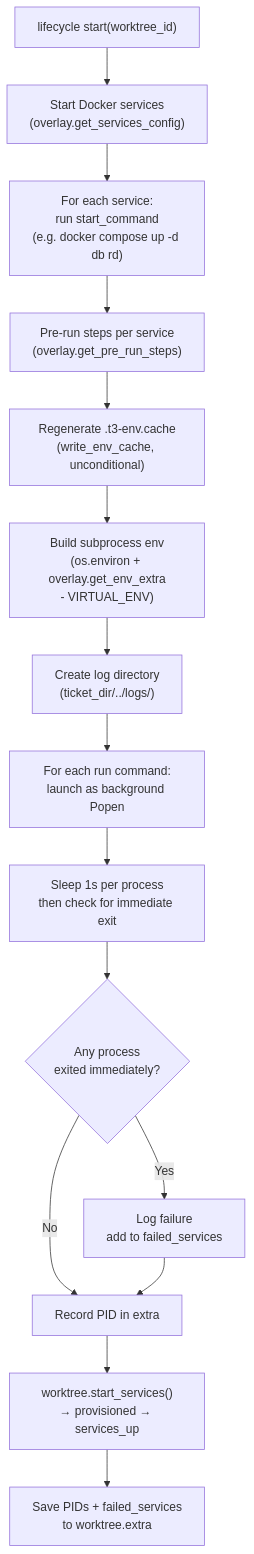
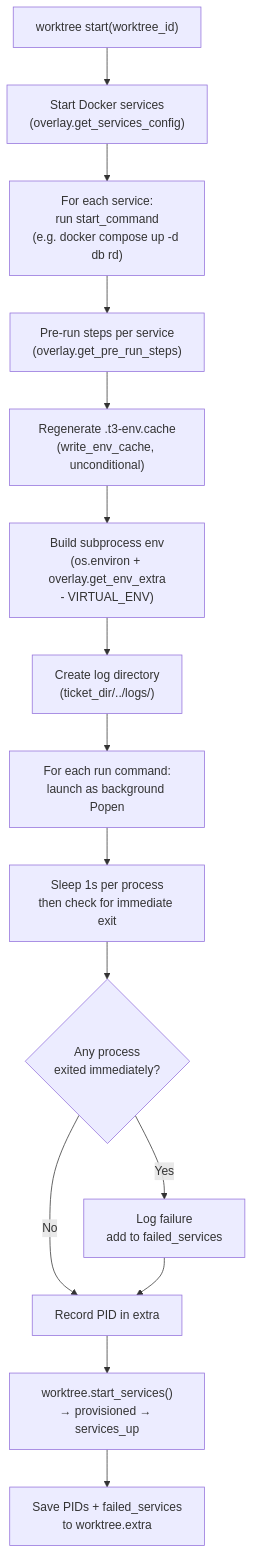
One commit to souliane/teatree changed the fourth of 6 diagrams in BLUEPRINT.md. Above: the diagram before and after it, drawn with Mermaid. The commit also changed other lines of this file and 30 other files, not shown here.

First line of the commit message:
fix(cli): drop dead `lifecycle` bridge, retarget docs at `worktree`/`workspace` (#439)

````diff
--- a/BLUEPRINT.md
+++ b/BLUEPRINT.md
@@ -1307,17 +1307,17 @@
 ```mermaid
 flowchart TD
-    A["lifecycle start(worktree_id)"] --> B["Start Docker services\n(overlay.get_services_config)"]
+    A["worktree start(worktree_id)"] --> B["Start Docker services\n(overlay.get_services_config)"]
     B --> C["For each service:\nrun start_command\n(e.g. docker compose up -d db rd)"]
     C --> D["Pre-run steps per service\n(overlay.get_pre_run_steps)"]
     D --> E["Regenerate .t3-env.cache\n(write_env_cache, unconditional)"]
     E --> F["Build subprocess env\n(os.environ + overlay.get_env_extra\n- VIRTUAL_ENV)"]
     F --> G["Create log directory\n(ticket_dir/../logs/)"]
     G --> H["For each run command:\nlaunch as background Popen"]
     H --> I["Sleep 1s per process\nthen check for immediate exit"]
     I --> J{"Any process\nexited immediately?"}
     J -- Yes --> K["Log failure\nadd to failed_services"]
     J -- No --> L["Record PID in extra"]
     K --> L
     L --> M["worktree.start_services()\n→ provisioned → services_up"]
     M --> N["Save PIDs + failed_services\nto worktree.extra"]
 ```
````
